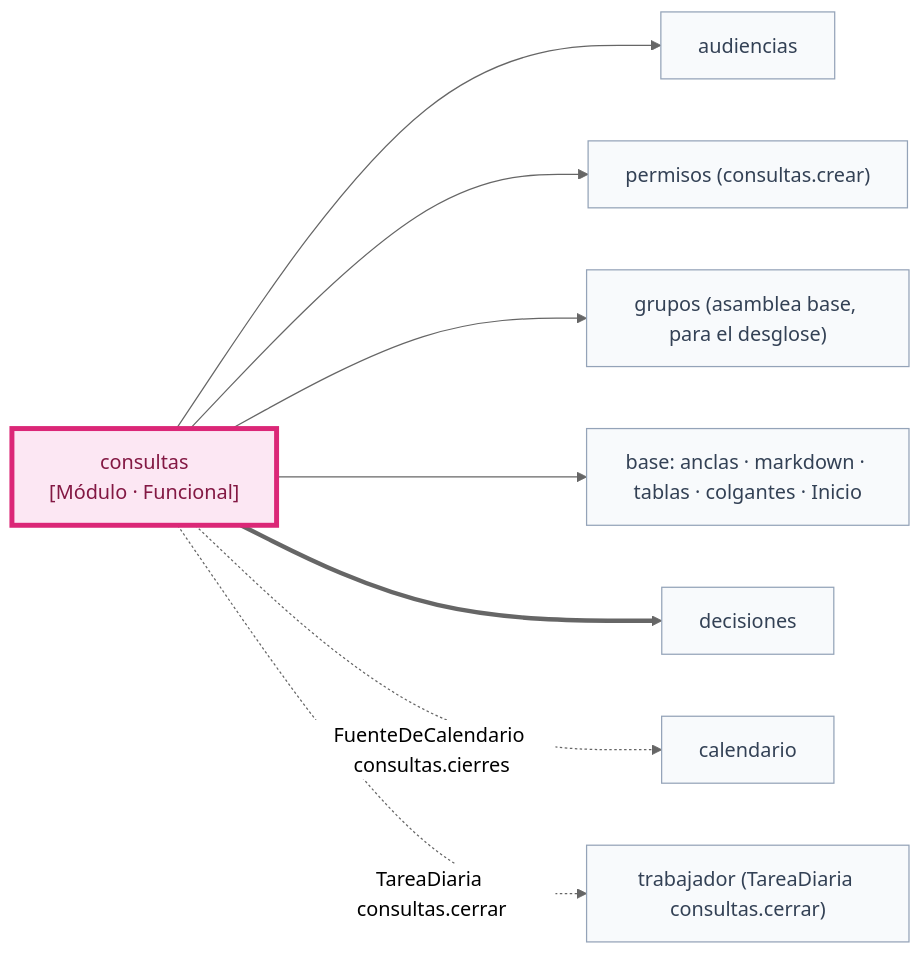
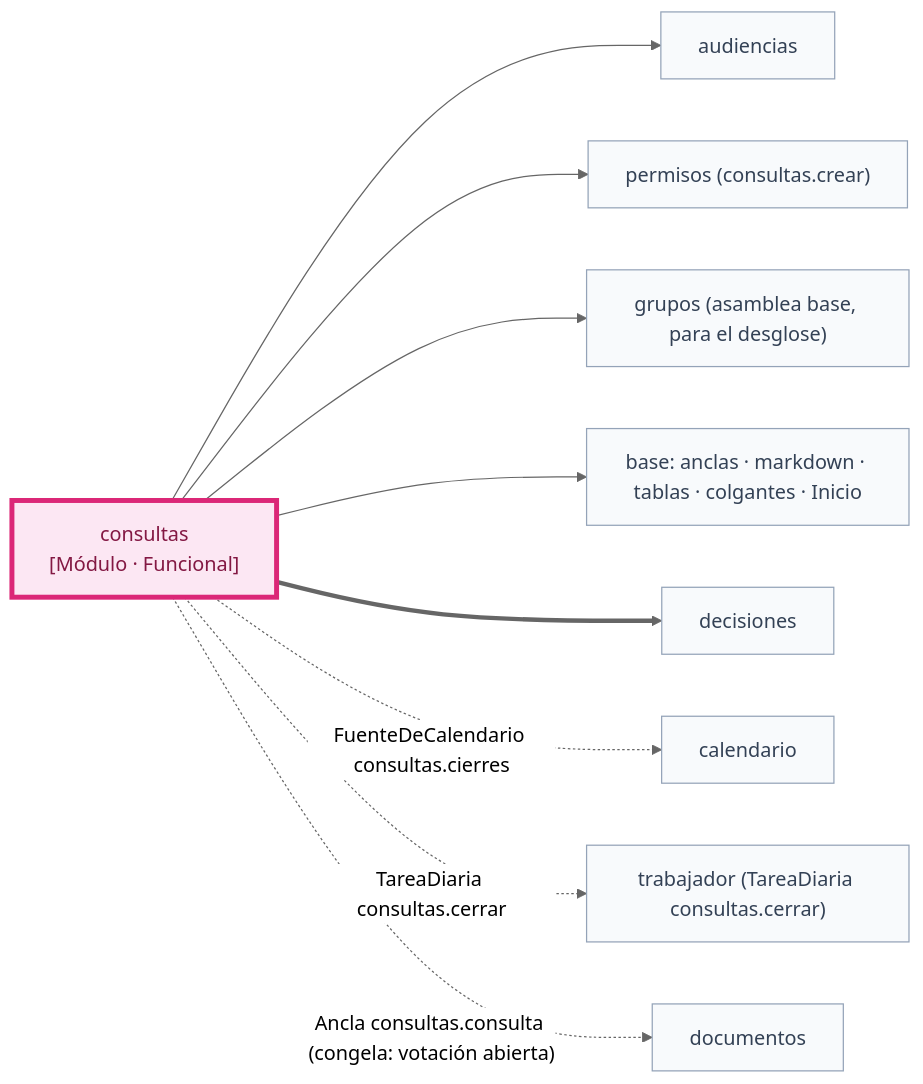
Diagram 31 of 40 in docs/arquitectura.md (chemabc/groupy), drawn with Mermaid (neutral theme) before and after one commit. The commit also changed other lines of this file and 46 other files, not shown here.

First line of the commit message:
Archivos, enlaces y papelera en documentos; documentos en tareas, debates y consultas

````diff
--- a/docs/arquitectura.md
+++ b/docs/arquitectura.md
@@ -967,20 +985,22 @@
 ```mermaid
 flowchart LR
   classDef yo fill:#fce7f3,stroke:#db2777,stroke-width:4px,color:#831843
   classDef otro fill:#f8fafc,stroke:#94a3b8,color:#334155
   con["consultas<br/>[Módulo · Funcional]"]:::yo
   aud["audiencias"]:::otro
   per["permisos (consultas.crear)"]:::otro
   gru["grupos (asamblea base, para el desglose)"]:::otro
   bas["base: anclas · markdown · tablas · colgantes · Inicio"]:::otro
   dec["decisiones"]:::otro
   cal["calendario"]:::otro
   tra["trabajador (TareaDiaria consultas.cerrar)"]:::otro
   con --> aud
   con --> per
   con --> gru
   con --> bas
   con ==> dec
   con -. "FuenteDeCalendario consultas.cierres" .-> cal
   con -. "TareaDiaria consultas.cerrar" .-> tra
+  docs["documentos"]:::otro
+  con -. "Ancla consultas.consulta (congela: votación abierta)" .-> docs
 ```
````
